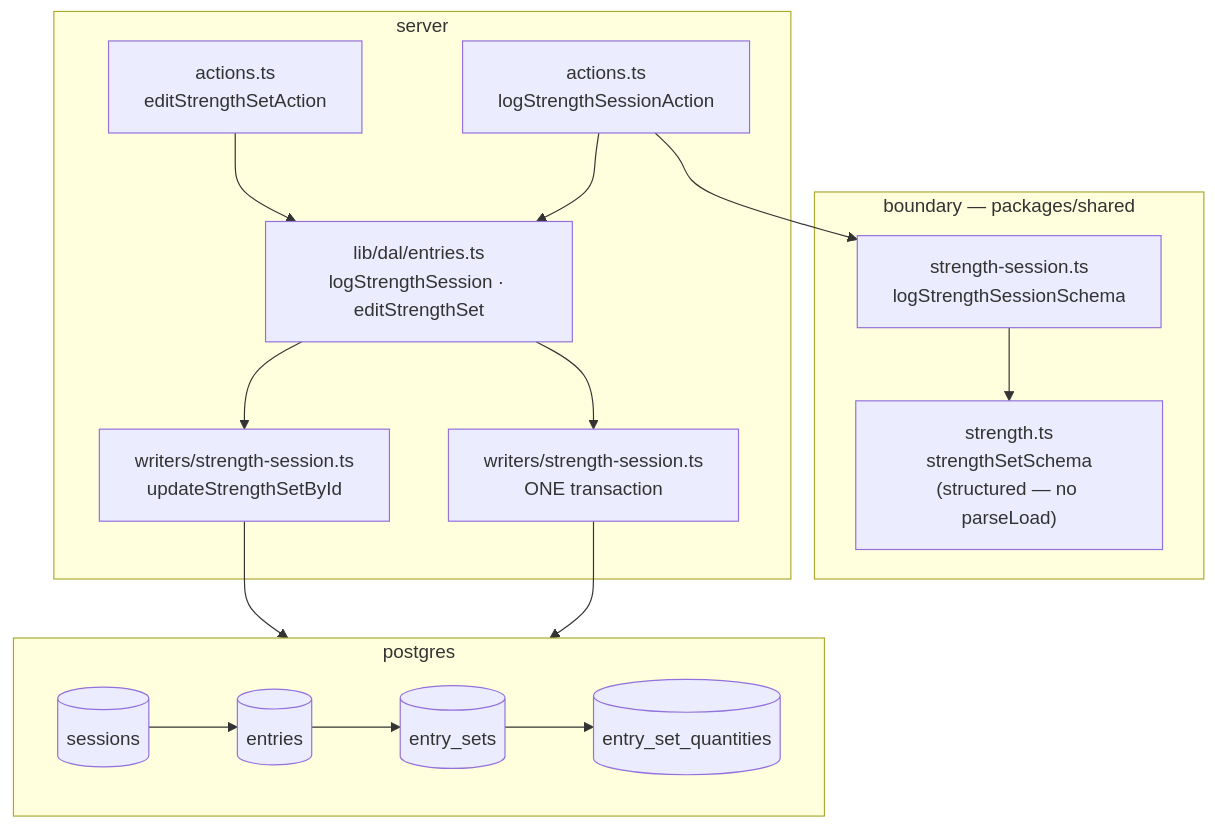
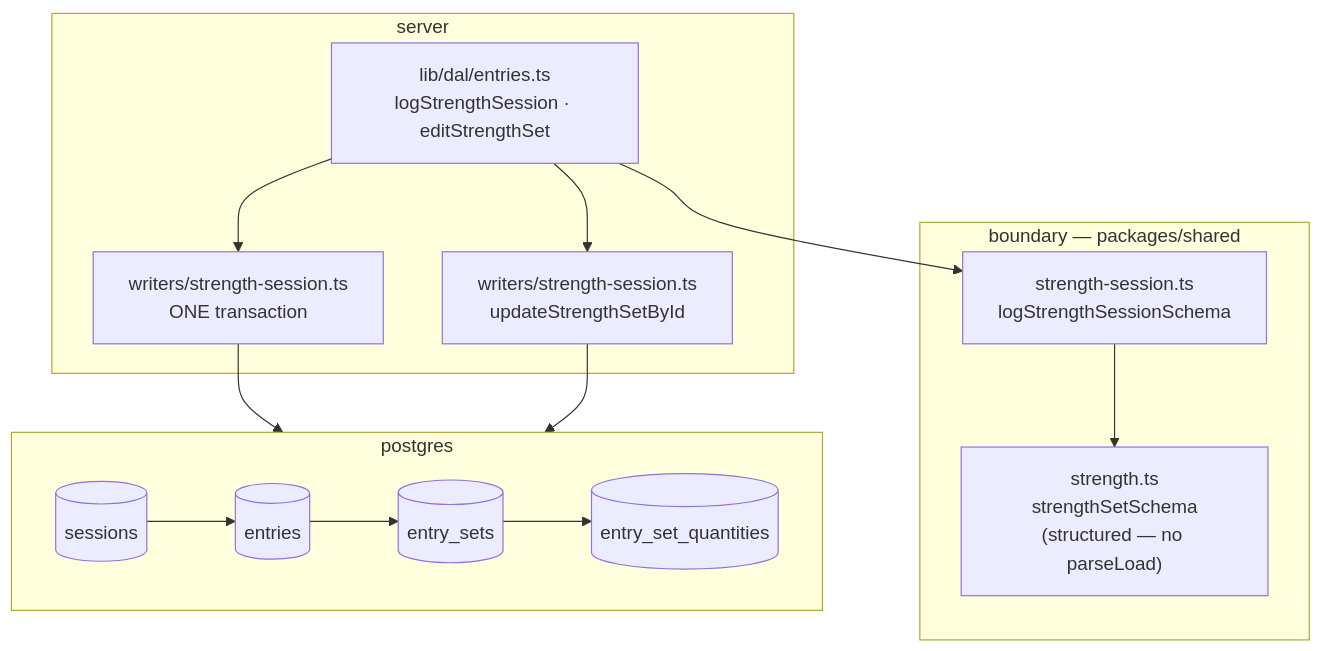
The diagram in docs/features/strength-logging.md (ralamode/mat-plan), drawn with Mermaid before and after one commit. The commit also changed other lines of this file and 9 other files, not shown here.

First line of the commit message:
refactor(fam-1-12f): remove the check-in, strength-session and set-edit actions nothing calls (#741)

````diff
--- a/docs/features/strength-logging.md
+++ b/docs/features/strength-logging.md
@@ -58,23 +59,21 @@
 ```mermaid
 flowchart TD
   subgraph boundary["boundary — packages/shared"]
     SETSCHEMA["strength.ts<br/>strengthSetSchema<br/>(structured — no parseLoad)"]
     SESSIONSCHEMA["strength-session.ts<br/>logStrengthSessionSchema"]
   end
 
   subgraph server["server"]
-    ACTION["actions.ts<br/>logStrengthSessionAction"]
-    EDITACTION["actions.ts<br/>editStrengthSetAction"]
     DAL["lib/dal/entries.ts<br/>logStrengthSession · editStrengthSet"]
     WRITER["writers/strength-session.ts<br/>ONE transaction"]
     EDIT["writers/strength-session.ts<br/>updateStrengthSetById"]
   end
 
   subgraph db["postgres"]
     SESS[(sessions)] --> ENT[(entries)] --> SETS[(entry_sets)] --> QTY[(entry_set_quantities)]
   end
 
-  ACTION --> SESSIONSCHEMA --> SETSCHEMA
-  ACTION --> DAL --> WRITER --> db
-  EDITACTION --> DAL --> EDIT --> db
+  DAL --> SESSIONSCHEMA --> SETSCHEMA
+  DAL --> WRITER --> db
+  DAL --> EDIT --> db
 ```
````
